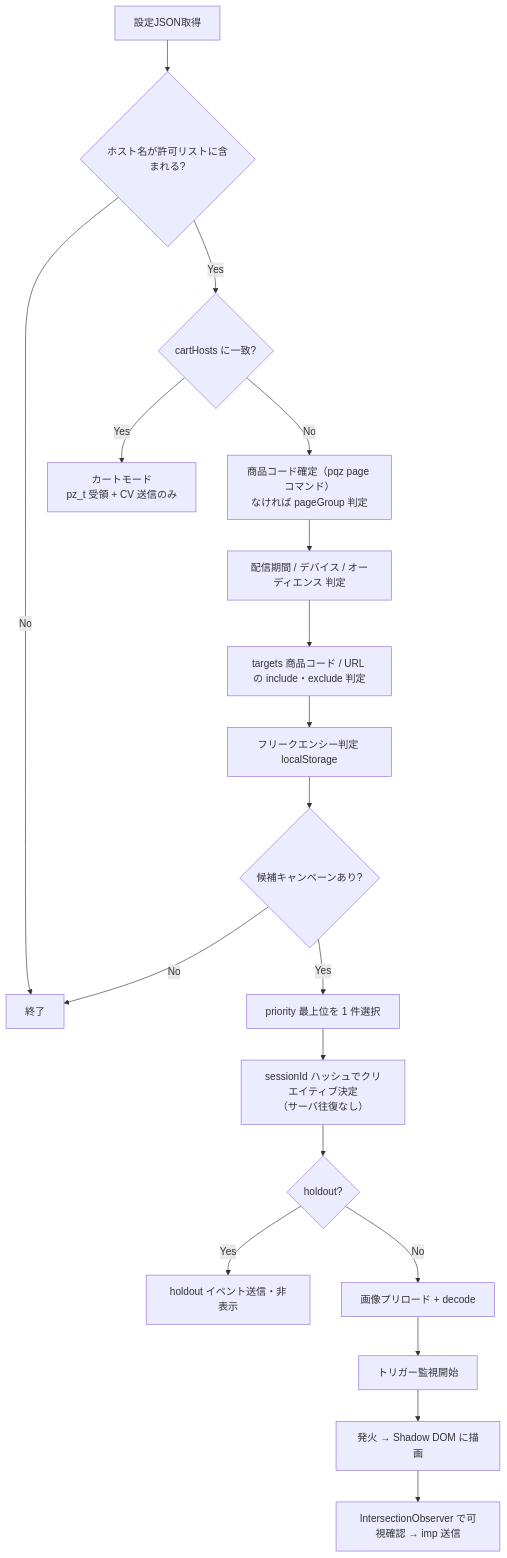
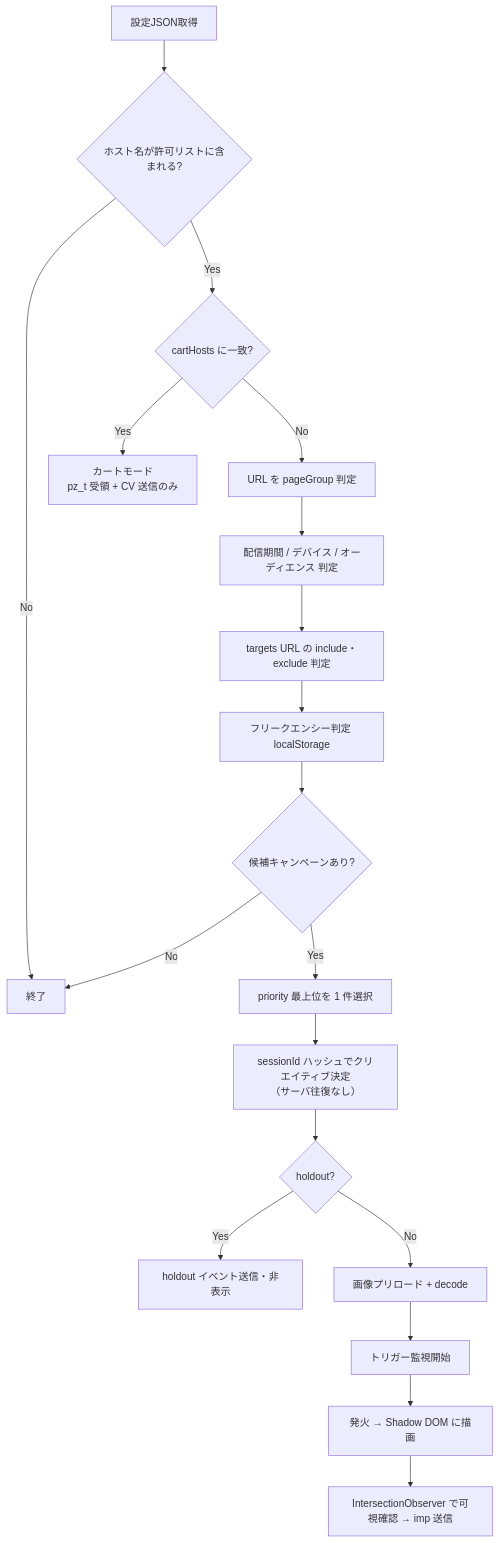
The diagram in docs/05-tag-sdk.md (t-kamiya-lgtm/popup), drawn with Mermaid before and after one commit. The commit also changed other lines of this file and 9 other files, not shown here.

````diff
--- a/docs/05-tag-sdk.md
+++ b/docs/05-tag-sdk.md
@@ -139,21 +136,21 @@
 ```mermaid
 flowchart TD
   A[設定JSON取得] --> B{ホスト名が許可リストに含まれる?}
   B -- No --> X[終了]
   B -- Yes --> B2{cartHosts に一致?}
   B2 -- Yes --> CM["カートモード<br/>pz_t 受領 + CV 送信のみ"]
-  B2 -- No --> C["商品コード確定（pqz page コマンド）<br/>なければ pageGroup 判定"]
+  B2 -- No --> C[URL を pageGroup 判定]
   C --> D[配信期間 / デバイス / オーディエンス 判定]
-  D --> E[targets 商品コード / URL の include・exclude 判定]
+  D --> E[targets URL の include・exclude 判定]
   E --> F[フリークエンシー判定 localStorage]
   F --> G{候補キャンペーンあり?}
   G -- No --> X
   G -- Yes --> H[priority 最上位を 1 件選択]
   H --> I["sessionId ハッシュでクリエイティブ決定<br/>（サーバ往復なし）"]
   I --> J{holdout?}
   J -- Yes --> K[holdout イベント送信・非表示]
   J -- No --> L[画像プリロード + decode]
   L --> M[トリガー監視開始]
   M --> N[発火 → Shadow DOM に描画]
   N --> O[IntersectionObserver で可視確認 → imp 送信]
 ```
````
